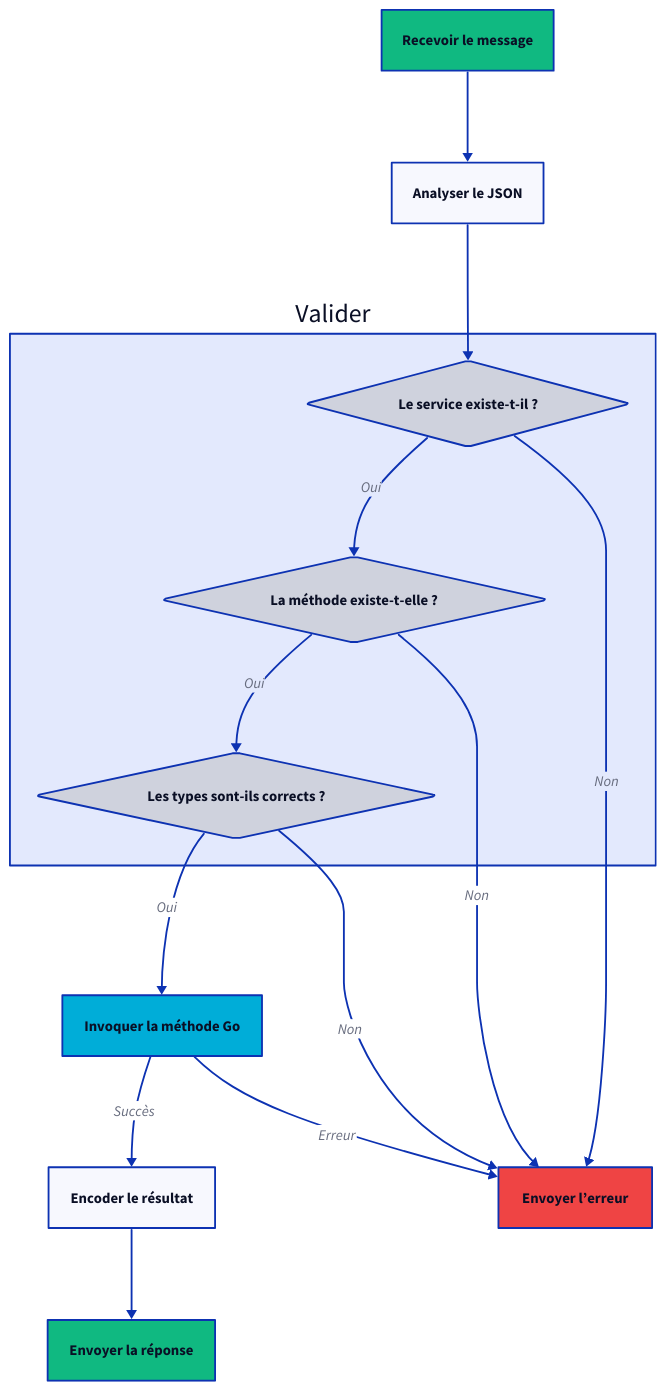
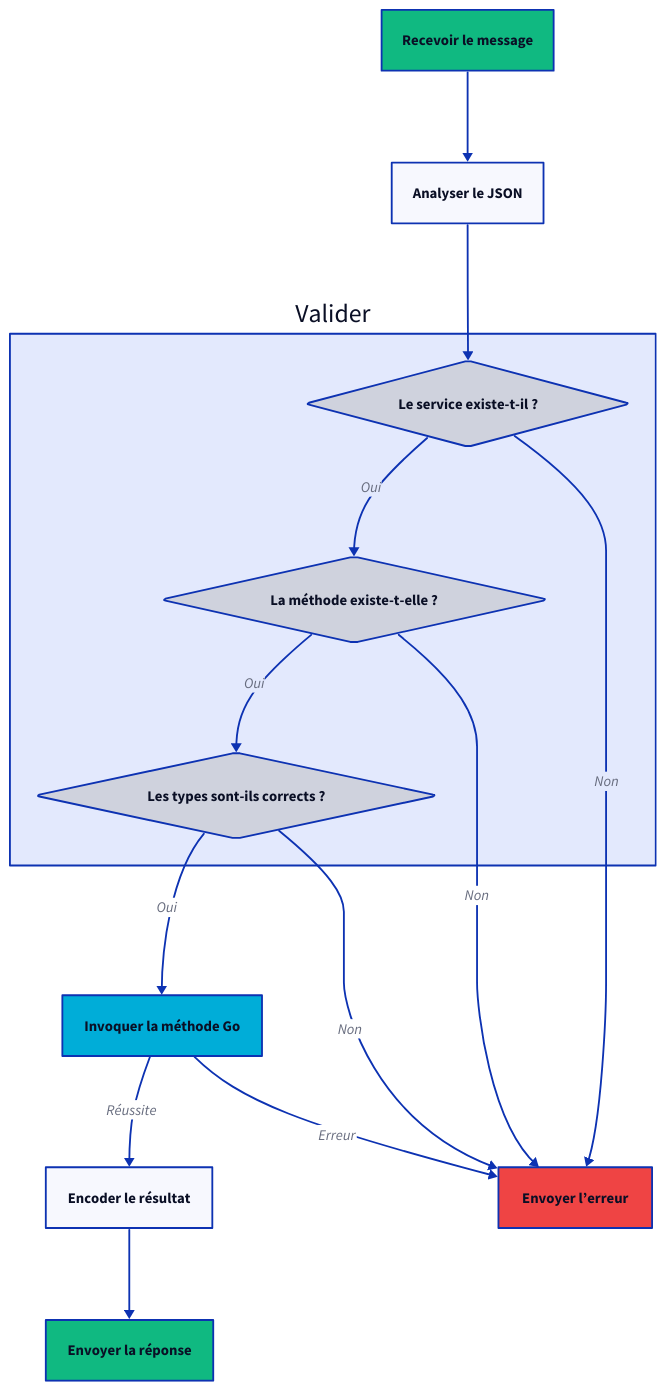
One commit to wailsapp/wails changed the second of 2 diagrams in docs/mpress/content/fr/concepts/bridge.md. Above: the diagram before and after it, drawn with D2. The commit also changed other lines of this file and 1419 other files, not shown here.

````diff
--- a/docs/mpress/content/fr/concepts/bridge.md
+++ b/docs/mpress/content/fr/concepts/bridge.md
@@ -160,57 +160,57 @@
 ```d2
 direction: down
 
 Receive: Recevoir le message {
   shape: rectangle
   style.fill: "#10B981"
 }
 
 Parse: Analyser le JSON {
   shape: rectangle
 }
 
 Validate: Valider {
   Check: Le service existe-t-il ? {
     shape: diamond
   }
 
   CheckMethod: La méthode existe-t-elle ? {
     shape: diamond
   }
 
   CheckTypes: Les types sont-ils corrects ? {
     shape: diamond
   }
 }
 
 Invoke: Invoquer la méthode Go {
   shape: rectangle
   style.fill: "#00ADD8"
 }
 
 Encode: Encoder le résultat {
   shape: rectangle
 }
 
 Send: Envoyer la réponse {
   shape: rectangle
   style.fill: "#10B981"
 }
 
 Error: Envoyer l’erreur {
   shape: rectangle
   style.fill: "#EF4444"
 }
 
 Receive -> Parse
 Parse -> Validate.Check
 Validate.Check -> Validate.CheckMethod: Oui
 Validate.Check -> Error: Non
 Validate.CheckMethod -> Validate.CheckTypes: Oui
 Validate.CheckMethod -> Error: Non
 Validate.CheckTypes -> Invoke: Oui
 Validate.CheckTypes -> Error: Non
-Invoke -> Encode: Succès
+Invoke -> Encode: Réussite
 Invoke -> Error: Erreur
 Encode -> Send
 ```
````
